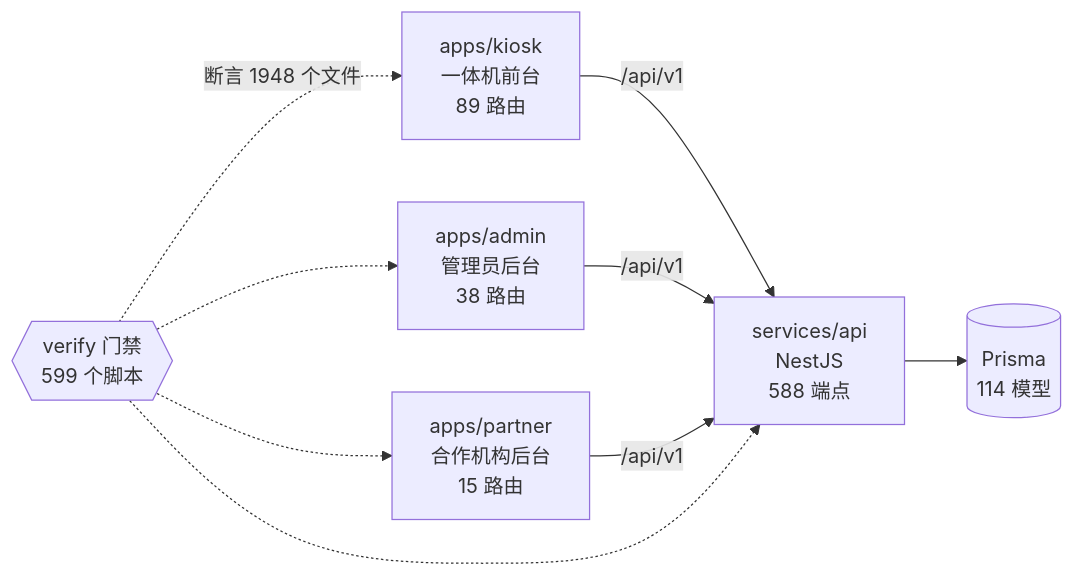
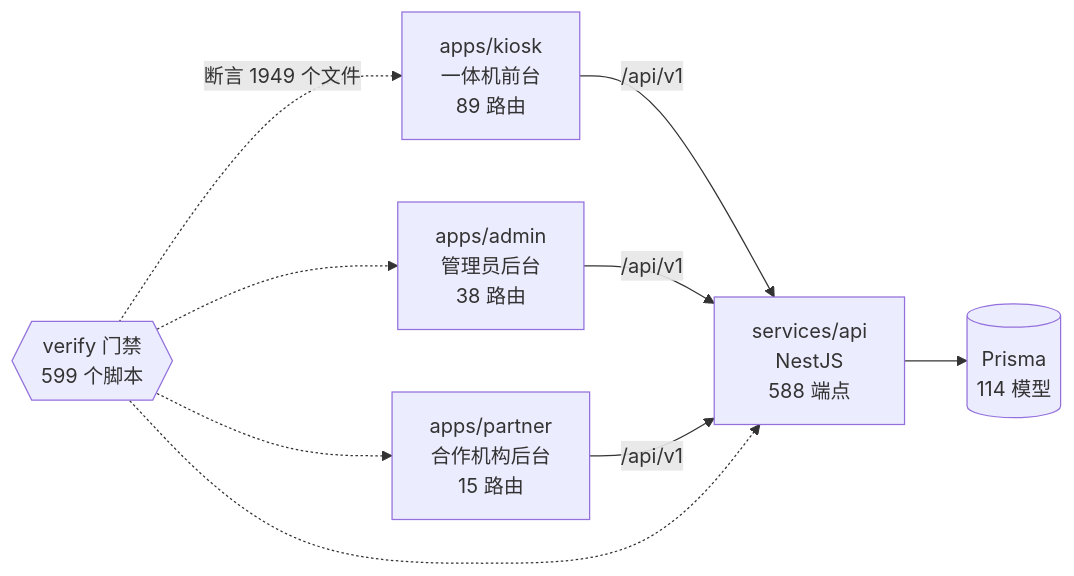
Before and after one commit to wanglei581/YITIJI: the diagram in docs/graph/README.md, drawn with Mermaid. The commit also changed other lines of this file and 2 other files, not shown here.

Commit message:
chore(graph): 材料包链路检查新读法务文档标题表后重生图谱

````diff
--- a/docs/graph/README.md
+++ b/docs/graph/README.md
@@ -68,18 +68,18 @@
 ```mermaid
 flowchart LR
   kiosk["apps/kiosk<br/>一体机前台<br/>89 路由"]
   admin["apps/admin<br/>管理员后台<br/>38 路由"]
   partner["apps/partner<br/>合作机构后台<br/>15 路由"]
   api["services/api<br/>NestJS<br/>588 端点"]
   db[("Prisma<br/>114 模型")]
   gates{{"verify 门禁<br/>599 个脚本"}}
 
   kiosk -->|"/api/v1"| api
   admin -->|"/api/v1"| api
   partner -->|"/api/v1"| api
   api --> db
-  gates -.->|"断言 1948 个文件"| kiosk
+  gates -.->|"断言 1949 个文件"| kiosk
   gates -.-> admin
   gates -.-> partner
   gates -.-> api
 ```
````
